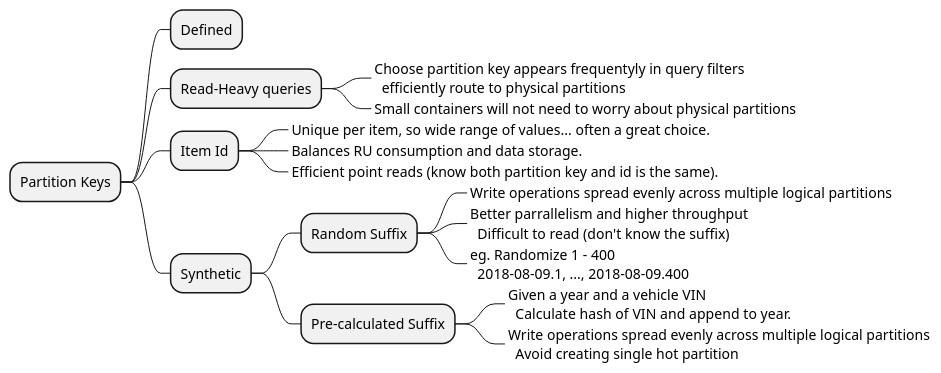
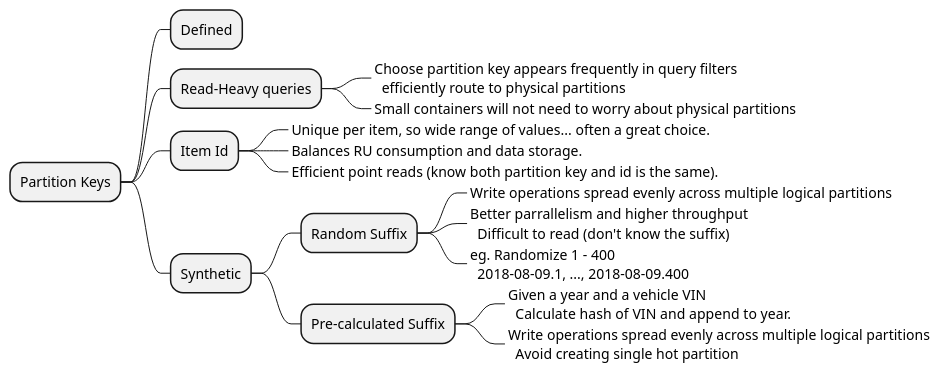
Before and after one commit to rob-bl8ke/Az204-Cosmos: the diagram in Notes/Diagrams/cosmosdb-partitoning.plantuml, drawn with PlantUML. The commit also changed 8 other files, not shown here.

```diff
--- a/Notes/Diagrams/cosmosdb-partitoning.plantuml
+++ b/Notes/Diagrams/cosmosdb-partitoning.plantuml
@@ -1,21 +1,21 @@
 @startmindmap "Cosmos DB Partition Keys"
 
 + Partition Keys
 ++ Defined
 ++ Read-Heavy queries
-+++_ Choose partition key appears frequentyly in query filters\n  efficiently route to physical partitions
++++_ Choose partition key appears frequently in query filters\n  efficiently route to physical partitions
 +++_ Small containers will not need to worry about physical partitions
 ++ Item Id
 +++_ Unique per item, so wide range of values... often a great choice.
 +++_ Balances RU consumption and data storage.
 +++_ Efficient point reads (know both partition key and id is the same).
 ++ Synthetic
 +++ Random Suffix
 ++++_ Write operations spread evenly across multiple logical partitions
 ++++_ Better parrallelism and higher throughput\n  Difficult to read (don't know the suffix)
 ++++_ eg. Randomize 1 - 400\n  2018-08-09.1, ..., 2018-08-09.400
 +++ Pre-calculated Suffix
 ++++_ Given a year and a vehicle VIN\n  Calculate hash of VIN and append to year.
 ++++_ Write operations spread evenly across multiple logical partitions\n  Avoid creating single hot partition
 
 @endmindmap
```
